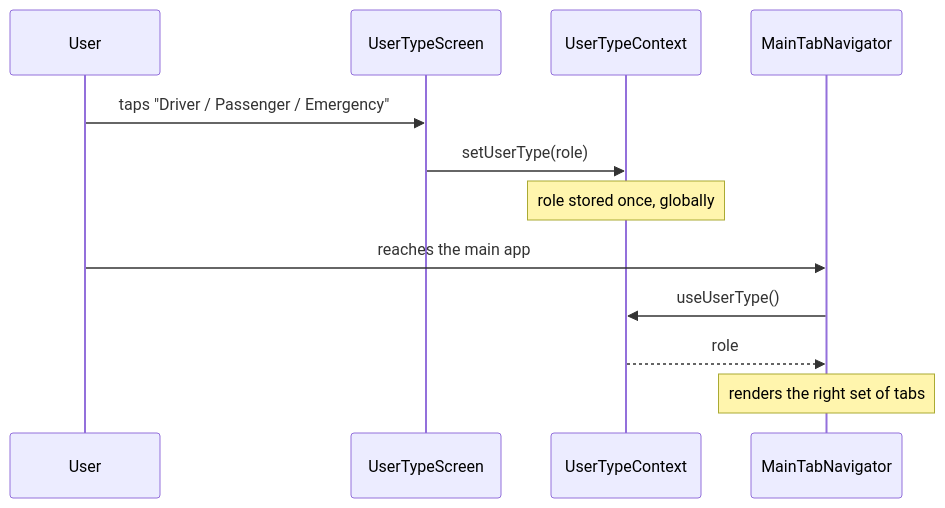
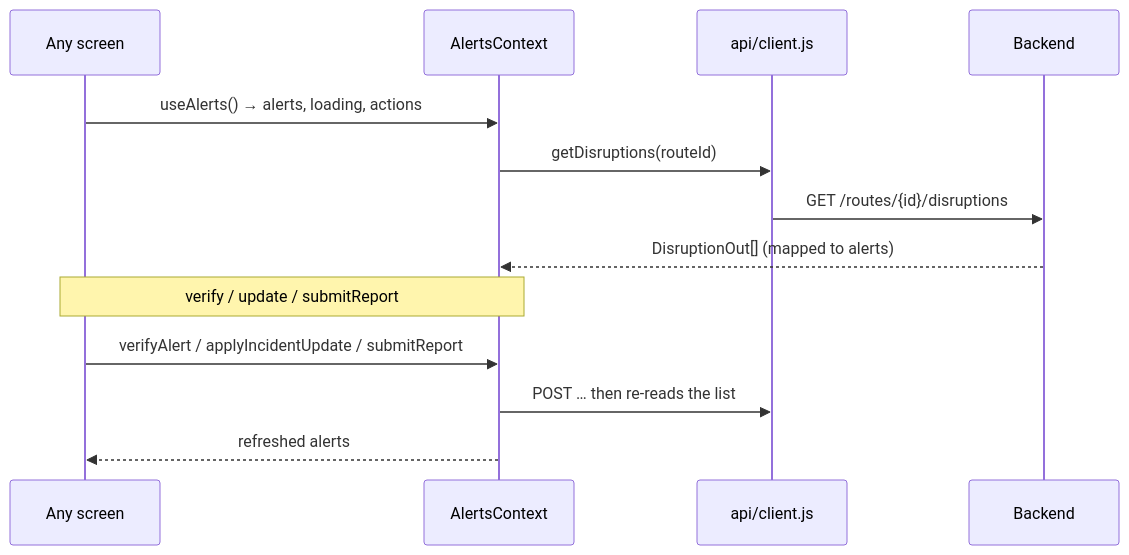
One commit to claraPochama/swiftly-mvp-road-disruption-intelligence-system changed the fourth of 4 diagrams in frontend/Swiftly_Frontend_Documentation.md. Above: the diagram before and after it, drawn with Mermaid. The commit also changed other lines of this file and 1 other file, not shown here.

````diff
--- a/frontend/Swiftly_Frontend_Documentation.md
+++ b/frontend/Swiftly_Frontend_Documentation.md
@@ -273,14 +278,15 @@
 ```mermaid
 sequenceDiagram
-    participant U as User
-    participant UTS as UserTypeScreen
-    participant CTX as UserTypeContext
-    participant TAB as MainTabNavigator
-    U->>UTS: taps "Driver / Passenger / Emergency"
-    UTS->>CTX: setUserType(role)
-    Note over CTX: role stored once, globally
-    U->>TAB: reaches the main app
-    TAB->>CTX: useUserType()
-    CTX-->>TAB: role
-    Note over TAB: renders the right set of tabs
+    participant SC as Any screen
+    participant AC as AlertsContext
+    participant API as api/client.js
+    participant BE as Backend
+    SC->>AC: useAlerts() → alerts, loading, actions
+    AC->>API: getDisruptions(routeId)
+    API->>BE: GET /routes/{id}/disruptions
+    BE-->>AC: DisruptionOut[] (mapped to alerts)
+    Note over SC,AC: verify / update / submitReport
+    SC->>AC: verifyAlert / applyIncidentUpdate / submitReport
+    AC->>API: POST … then re-reads the list
+    AC-->>SC: refreshed alerts
 ```
````
